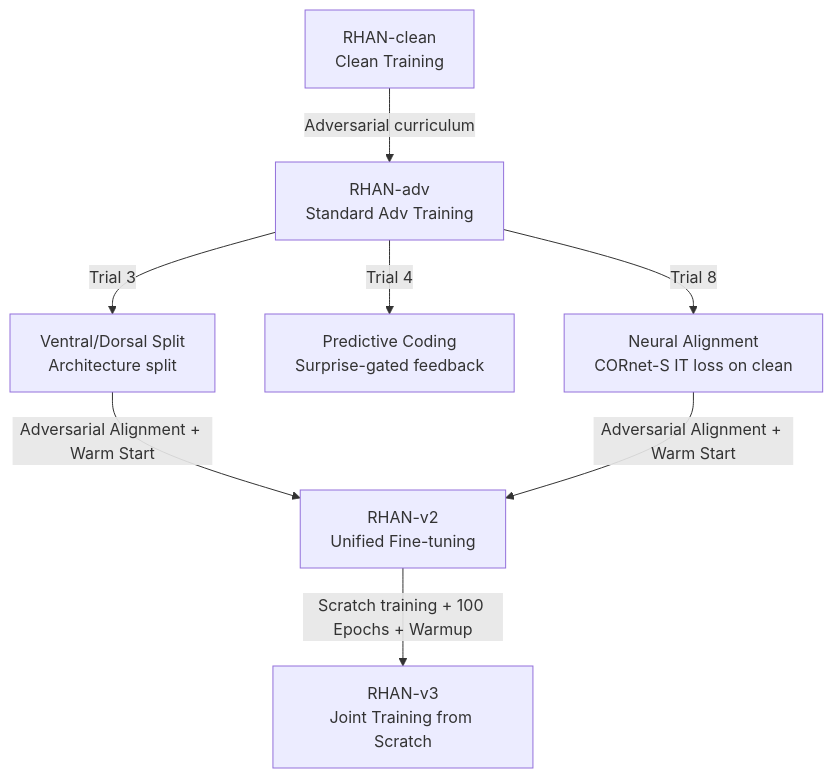
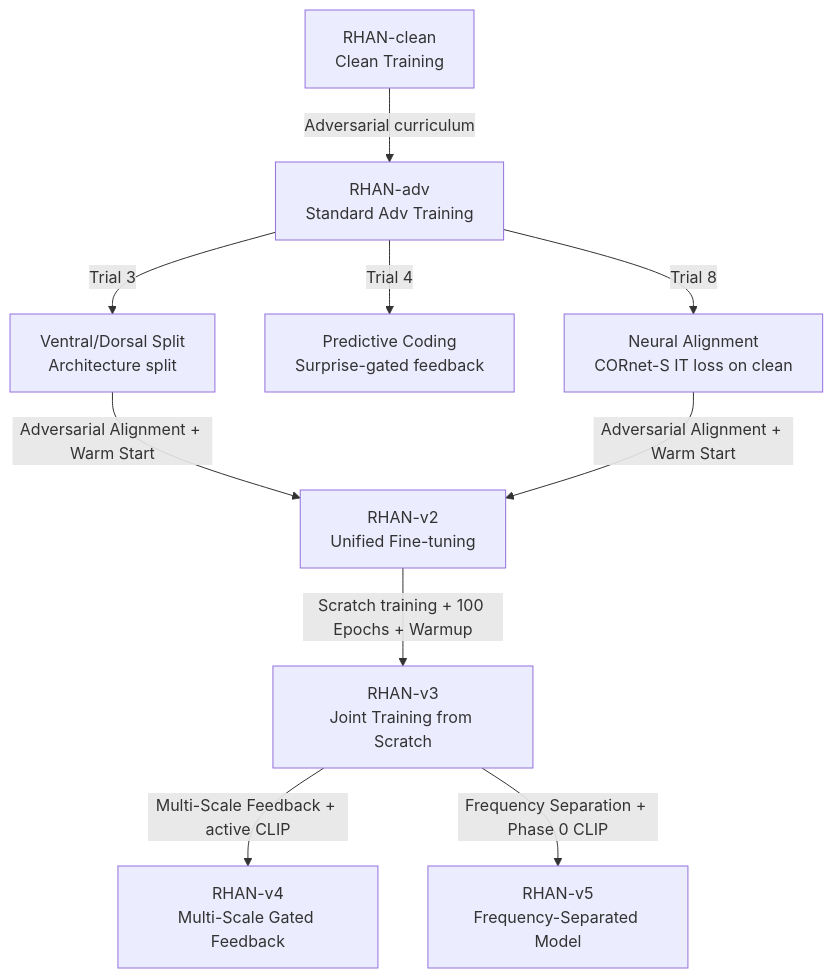
The diagram in RHAN-history.md (FerrariKazu/Adversarial-Cognitive-Model), drawn with Mermaid before and after one commit. The commit also changed other lines of this file, not shown here.

Commit message:
docs: update RHAN evolutionary history with RHAN-v4 and RHAN-v5 details

````diff
--- a/RHAN-history.md
+++ b/RHAN-history.md
@@ -9,11 +9,14 @@
 ```mermaid
 graph TD
     RHAN_clean[RHAN-clean<br/>Clean Training] -->|Adversarial curriculum| RHAN_adv[RHAN-adv<br/>Standard Adv Training]
     
     RHAN_adv -->|Trial 3| Split[Ventral/Dorsal Split<br/>Architecture split]
     RHAN_adv -->|Trial 4| PredCoding[Predictive Coding<br/>Surprise-gated feedback]
     RHAN_adv -->|Trial 8| Aligned[Neural Alignment<br/>CORnet-S IT loss on clean]
     
     Split & Aligned -->|Adversarial Alignment + Warm Start| RHAN_v2[RHAN-v2<br/>Unified Fine-tuning]
     RHAN_v2 -->|Scratch training + 100 Epochs + Warmup| RHAN_v3[RHAN-v3<br/>Joint Training from Scratch]
+    
+    RHAN_v3 -->|Multi-Scale Feedback + active CLIP| RHAN_v4[RHAN-v4<br/>Multi-Scale Gated Feedback]
+    RHAN_v3 -->|Frequency Separation + Phase 0 CLIP| RHAN_v5[RHAN-v5<br/>Frequency-Separated Model]
 ```
````
